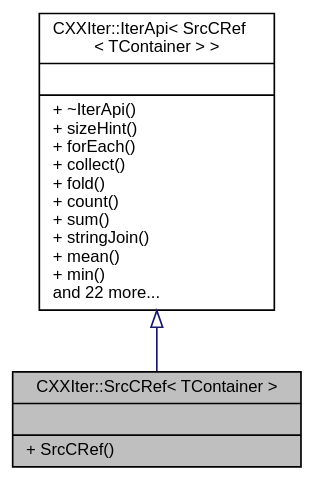
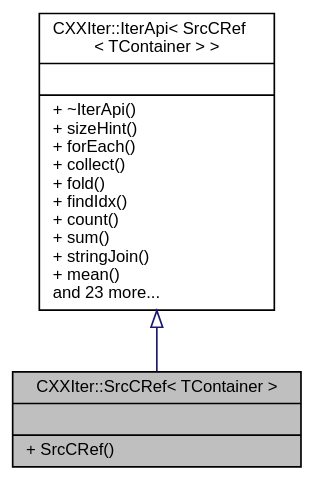
Before and after one commit to seijikun/CXXIter: the diagram in classCXXIter_1_1SrcCRef__inherit__graph.dot, drawn with Graphviz. The commit also changed 28 other files, not shown here.

```diff
--- a/classCXXIter_1_1SrcCRef__inherit__graph.dot
+++ b/classCXXIter_1_1SrcCRef__inherit__graph.dot
@@ -1,11 +1,11 @@
 digraph "CXXIter::SrcCRef&lt; TContainer &gt;"
 {
  // INTERACTIVE_SVG=YES
  // LATEX_PDF_SIZE
   bgcolor="transparent";
   edge [fontname="Helvetica",fontsize="10",labelfontname="Helvetica",labelfontsize="10"];
   node [fontname="Helvetica",fontsize="10",shape=record];
   Node1 [label="{CXXIter::SrcCRef\< TContainer \>\n||+ SrcCRef()\l}",height=0.2,width=0.4,color="black", fillcolor="grey75", style="filled", fontcolor="black",tooltip="CXXIter iterator source that immutably borrows the input item source, and passes immutable references..."];
   Node2 -> Node1 [dir="back",color="midnightblue",fontsize="10",style="solid",arrowtail="onormal",fontname="Helvetica"];
-  Node2 [label="{CXXIter::IterApi\< SrcCRef\l\< TContainer \> \>\n||+ ~IterApi()\l+ sizeHint()\l+ forEach()\l+ collect()\l+ fold()\l+ count()\l+ sum()\l+ stringJoin()\l+ mean()\l+ min()\land 22 more...\l}",height=0.2,width=0.4,color="black",URL="$classCXXIter_1_1IterApi.html",tooltip=" "];
+  Node2 [label="{CXXIter::IterApi\< SrcCRef\l\< TContainer \> \>\n||+ ~IterApi()\l+ sizeHint()\l+ forEach()\l+ collect()\l+ fold()\l+ findIdx()\l+ count()\l+ sum()\l+ stringJoin()\l+ mean()\land 23 more...\l}",height=0.2,width=0.4,color="black",URL="$classCXXIter_1_1IterApi.html",tooltip=" "];
 }
```
